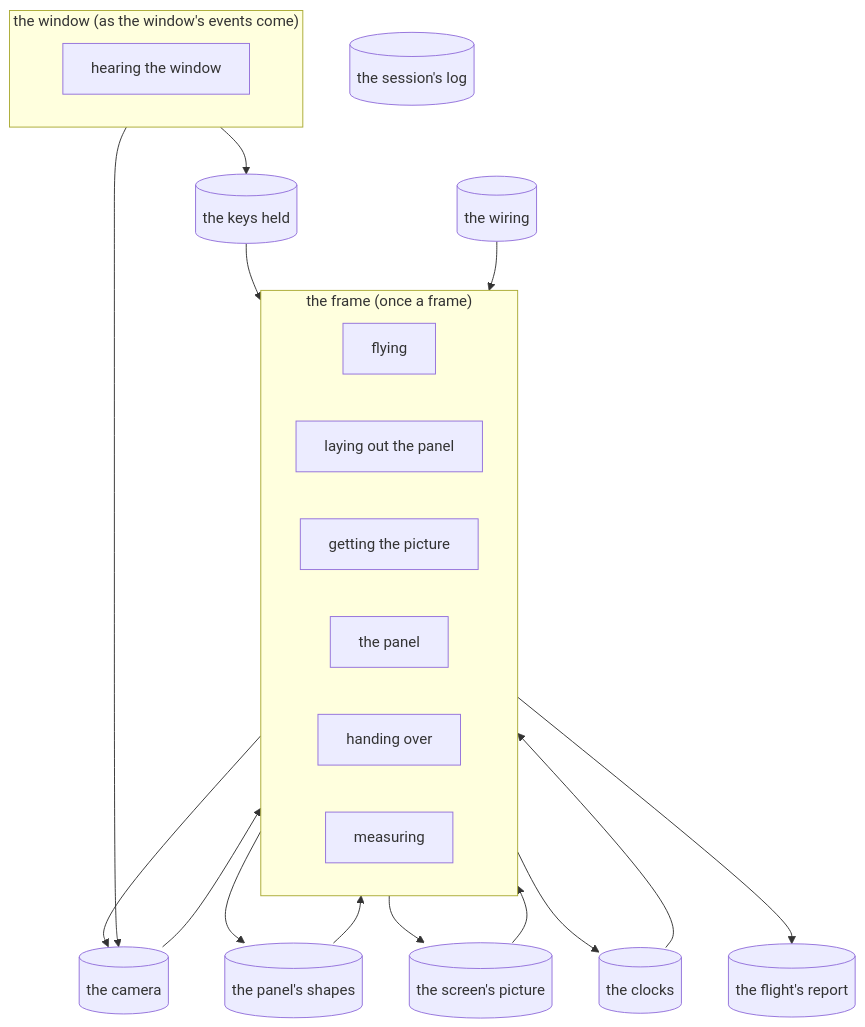
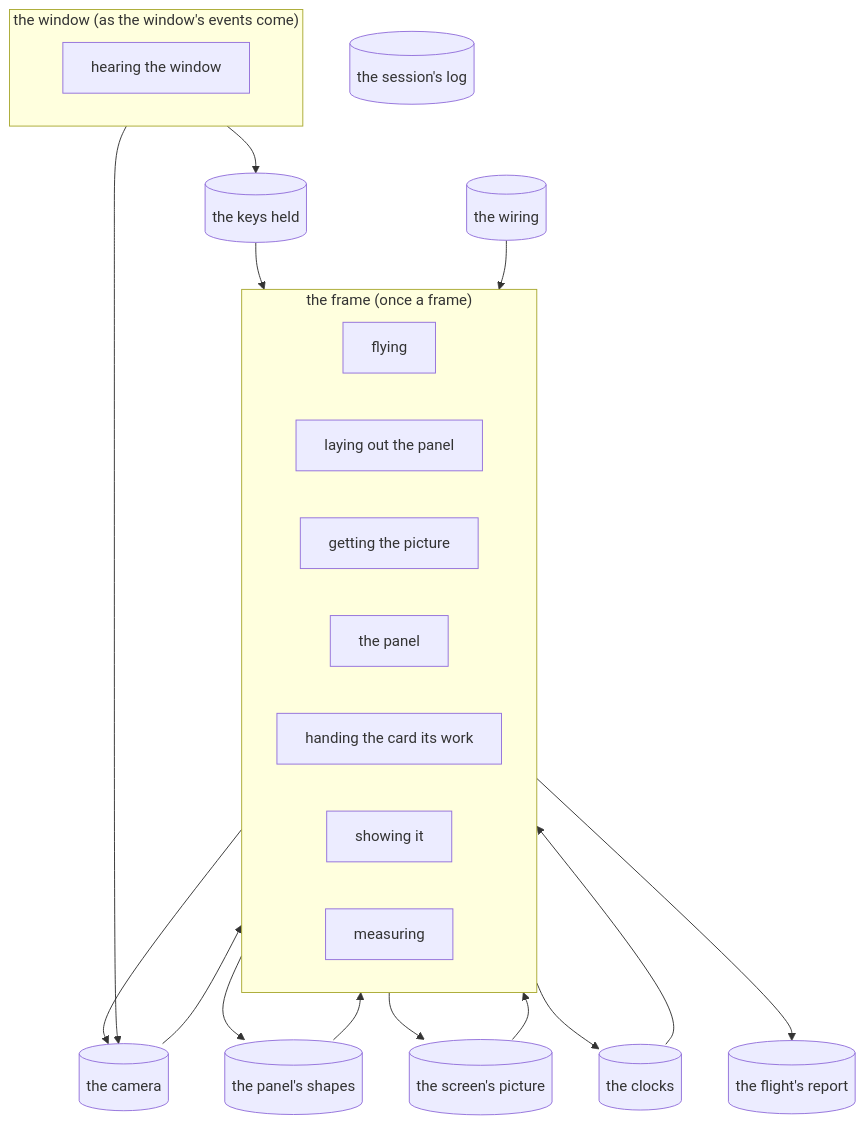
One commit to david138collins/incus-artus changed the diagram in master/map.md. Above: the diagram before and after it, drawn with Mermaid. The commit also changed other lines of this file and 4 other files, not shown here.

````diff
--- a/master/map.md
+++ b/master/map.md
@@ -11,37 +11,38 @@
 ```mermaid
 flowchart TB
   subgraph lane_the_window["the window (as the window's events come)"]
     direction LR
     pass_hearing_the_window["hearing the window"]
   end
   subgraph lane_the_frame["the frame (once a frame)"]
     direction LR
     pass_flying["flying"]
     pass_laying_out_the_panel["laying out the panel"]
     pass_getting_the_picture["getting the picture"]
     pass_the_panel["the panel"]
-    pass_handing_over["handing over"]
+    pass_handing_the_card_its_work["handing the card its work"]
+    pass_showing_it["showing it"]
     pass_measuring["measuring"]
   end
   store_the_keys_held[("the keys held")]
   store_the_camera[("the camera")]
   store_the_clocks[("the clocks")]
   store_the_wiring[("the wiring")]
   store_the_panel_s_shapes[("the panel's shapes")]
   store_the_screen_s_picture[("the screen's picture")]
   store_the_flight_s_report[("the flight's report")]
   store_the_session_s_log[("the session's log")]
   pass_hearing_the_window --> store_the_keys_held
   pass_hearing_the_window --> store_the_camera
   store_the_keys_held --> pass_flying
   pass_flying --> store_the_camera
   store_the_camera --> pass_laying_out_the_panel
   store_the_clocks --> pass_laying_out_the_panel
   store_the_wiring --> pass_laying_out_the_panel
   pass_laying_out_the_panel --> store_the_panel_s_shapes
   store_the_panel_s_shapes --> pass_the_panel
   pass_the_panel --> store_the_screen_s_picture
-  store_the_screen_s_picture --> pass_handing_over
+  store_the_screen_s_picture --> pass_showing_it
   pass_measuring --> store_the_clocks
   pass_measuring --> store_the_flight_s_report
 ```
````
